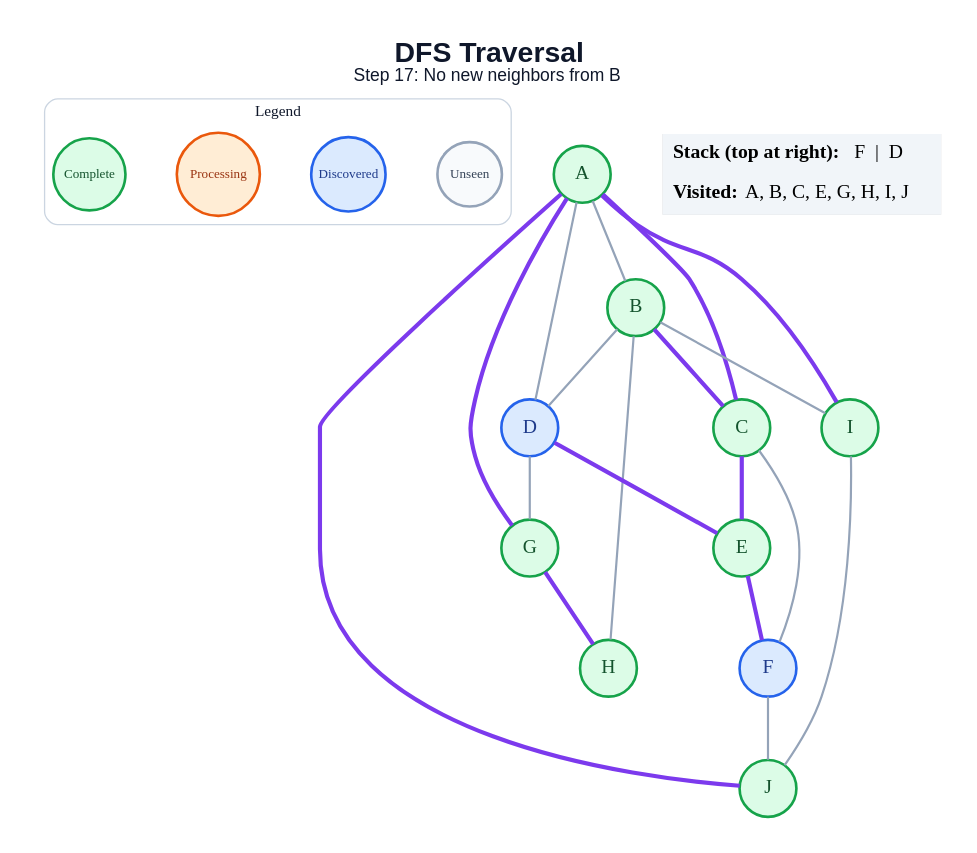
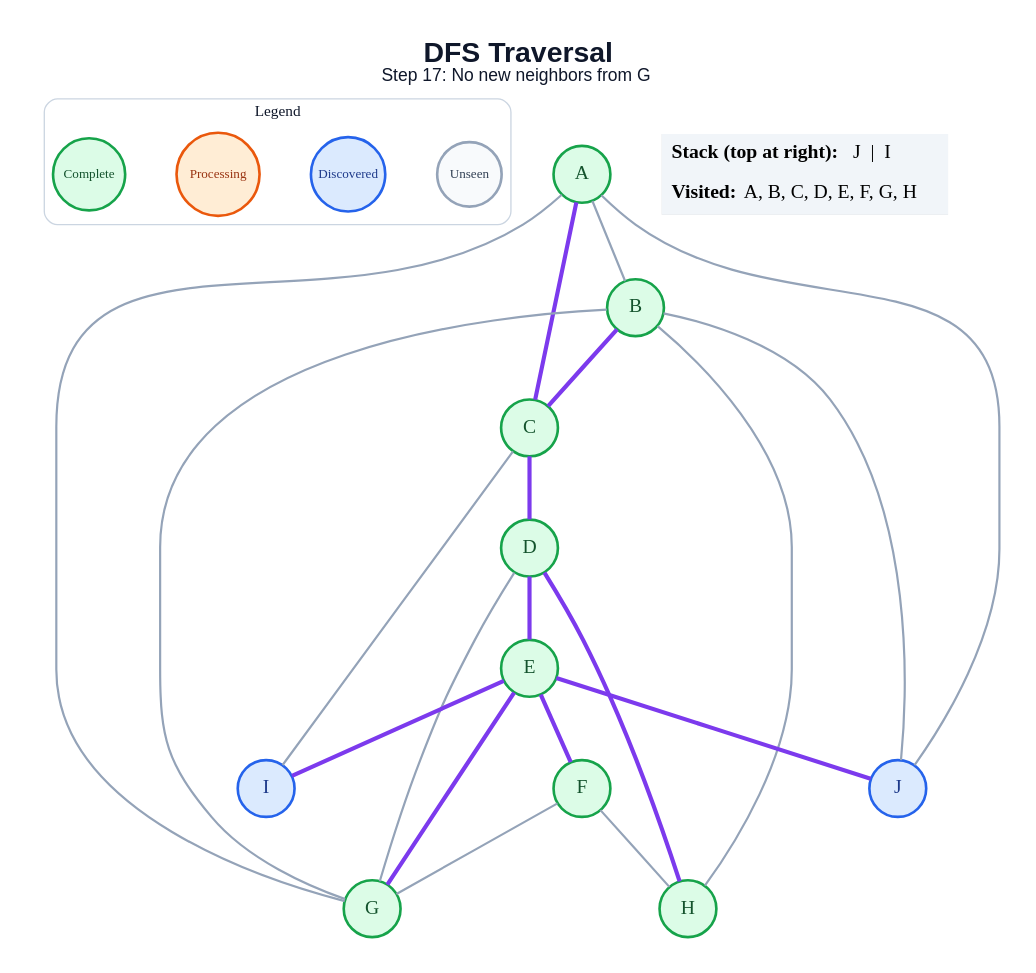
Before and after one commit to amanghodawala9/ai-slop: the diagram in generated/specific-node/dfs/step_17.dot, drawn with Graphviz. The commit also changed 178 other files, not shown here.

```diff
--- a/generated/specific-node/dfs/step_17.dot
+++ b/generated/specific-node/dfs/step_17.dot
@@ -1,47 +1,48 @@
 graph traversal {
   graph [layout=dot, rankdir=TB, bgcolor="#FFFFFF", pad="0.35", nodesep="0.65", ranksep="0.8", fontname="Arial"];
   node [shape=circle, style="filled", fontname="Arial Bold", fontsize=18, width=0.72, fixedsize=true, penwidth=2.4];
   edge [color="#94A3B8", penwidth=2.0];
-  label=<<B>DFS Traversal</B><BR/><FONT POINT-SIZE="16">Step 17: No new neighbors from B</FONT>>; labelloc="t"; fontsize=26; fontname="Arial"; fontcolor="#0F172A";
+  label=<<B>DFS Traversal</B><BR/><FONT POINT-SIZE="16">Step 17: No new neighbors from G</FONT>>; labelloc="t"; fontsize=26; fontname="Arial"; fontcolor="#0F172A";
   subgraph cluster_legend { label="Legend"; color="#CBD5E1"; penwidth=1.2; style="rounded"; fontsize=14; fontname="Arial Bold";
     key_unseen [label="Unseen", fillcolor="#F8FAFC", color="#94A3B8", fontcolor="#334155", fontsize=12, width=0.82];
     key_frontier [label="Discovered", fillcolor="#DBEAFE", color="#2563EB", fontcolor="#1E3A8A", fontsize=12, width=0.95];
     key_current [label="Processing", fillcolor="#FFEDD5", color="#EA580C", fontcolor="#9A3412", fontsize=12, width=1.05];
     key_done [label="Complete", fillcolor="#DCFCE7", color="#16A34A", fontcolor="#14532D", fontsize=12, width=0.92];
     { rank=same; key_unseen; key_frontier; key_current; key_done; }
   }
   A [fillcolor="#DCFCE7", color="#16A34A", fontcolor="#14532D"];
   B [fillcolor="#DCFCE7", color="#16A34A", fontcolor="#14532D"];
   C [fillcolor="#DCFCE7", color="#16A34A", fontcolor="#14532D"];
-  D [fillcolor="#DBEAFE", color="#2563EB", fontcolor="#1E3A8A"];
+  D [fillcolor="#DCFCE7", color="#16A34A", fontcolor="#14532D"];
   E [fillcolor="#DCFCE7", color="#16A34A", fontcolor="#14532D"];
-  F [fillcolor="#DBEAFE", color="#2563EB", fontcolor="#1E3A8A"];
+  F [fillcolor="#DCFCE7", color="#16A34A", fontcolor="#14532D"];
   G [fillcolor="#DCFCE7", color="#16A34A", fontcolor="#14532D"];
   H [fillcolor="#DCFCE7", color="#16A34A", fontcolor="#14532D"];
-  I [fillcolor="#DCFCE7", color="#16A34A", fontcolor="#14532D"];
-  J [fillcolor="#DCFCE7", color="#16A34A", fontcolor="#14532D"];
+  I [fillcolor="#DBEAFE", color="#2563EB", fontcolor="#1E3A8A"];
+  J [fillcolor="#DBEAFE", color="#2563EB", fontcolor="#1E3A8A"];
   A -- B;
   A -- C [color="#7C3AED", penwidth=3.8];
-  A -- D;
-  A -- G [color="#7C3AED", penwidth=3.8];
-  A -- I [color="#7C3AED", penwidth=3.8];
-  A -- J [color="#7C3AED", penwidth=3.8];
+  A -- G;
+  A -- J;
   B -- C [color="#7C3AED", penwidth=3.8];
-  B -- D;
+  B -- G;
   B -- H;
-  B -- I;
-  C -- E [color="#7C3AED", penwidth=3.8];
-  C -- F;
+  B -- J;
+  C -- D [color="#7C3AED", penwidth=3.8];
+  C -- I;
   D -- E [color="#7C3AED", penwidth=3.8];
   D -- G;
+  D -- H [color="#7C3AED", penwidth=3.8];
   E -- F [color="#7C3AED", penwidth=3.8];
-  F -- J;
-  G -- H [color="#7C3AED", penwidth=3.8];
-  I -- J;
+  E -- G [color="#7C3AED", penwidth=3.8];
+  E -- I [color="#7C3AED", penwidth=3.8];
+  E -- J [color="#7C3AED", penwidth=3.8];
+  F -- G;
+  F -- H;
   status [shape=plain, fixedsize=false, width=0, height=0, margin=0, label=<
     <TABLE BORDER="0" CELLBORDER="0" CELLPADDING="7" BGCOLOR="#F1F5F9">
-      <TR><TD ALIGN="LEFT"><B>Stack (top at right):</B> F  |  D</TD></TR>
-      <TR><TD ALIGN="LEFT"><B>Visited:</B> A, B, C, E, G, H, I, J</TD></TR>
+      <TR><TD ALIGN="LEFT"><B>Stack (top at right):</B> J  |  I</TD></TR>
+      <TR><TD ALIGN="LEFT"><B>Visited:</B> A, B, C, D, E, F, G, H</TD></TR>
     </TABLE>
   >];
 }
```
